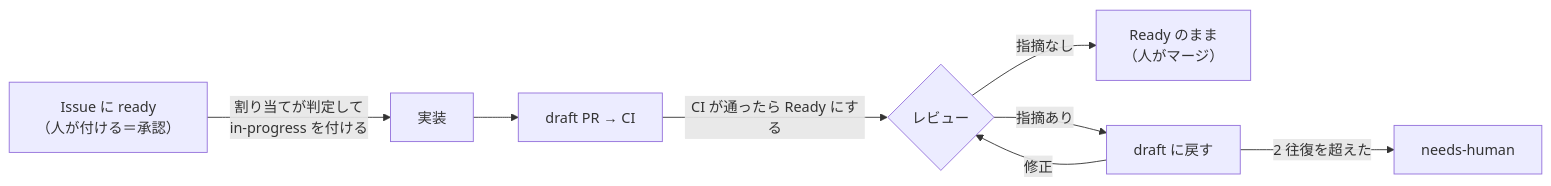
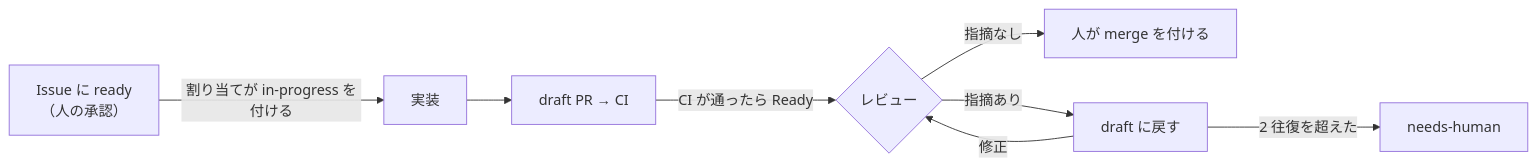
Before and after one commit to namu112358/poc-software-factory-20261112: the diagram in .claude/routines/README.md, drawn with Mermaid. The commit also changed other lines of this file and 8 other files, not shown here.

````diff
--- a/.claude/routines/README.md
+++ b/.claude/routines/README.md
@@ -9,10 +7,10 @@
 ```mermaid
 flowchart LR
-  I["Issue に ready<br/>（人が付ける＝承認）"] -->|割り当てが判定して<br/>in-progress を付ける| P["実装"]
+  I["Issue に ready<br/>（人の承認）"] -->|割り当てが in-progress を付ける| P["実装"]
   P --> D["draft PR → CI"]
-  D -->|CI が通ったら Ready にする| R{"レビュー"}
-  R -- 指摘なし --> OK["Ready のまま<br/>（人がマージ）"]
+  D -->|CI が通ったら Ready| R{"レビュー"}
+  R -- 指摘なし --> OK["人が merge を付ける"]
   R -- 指摘あり --> B["draft に戻す"]
   B -->|修正| R
   B -->|2 往復を超えた| H["needs-human"]
 ```
````
